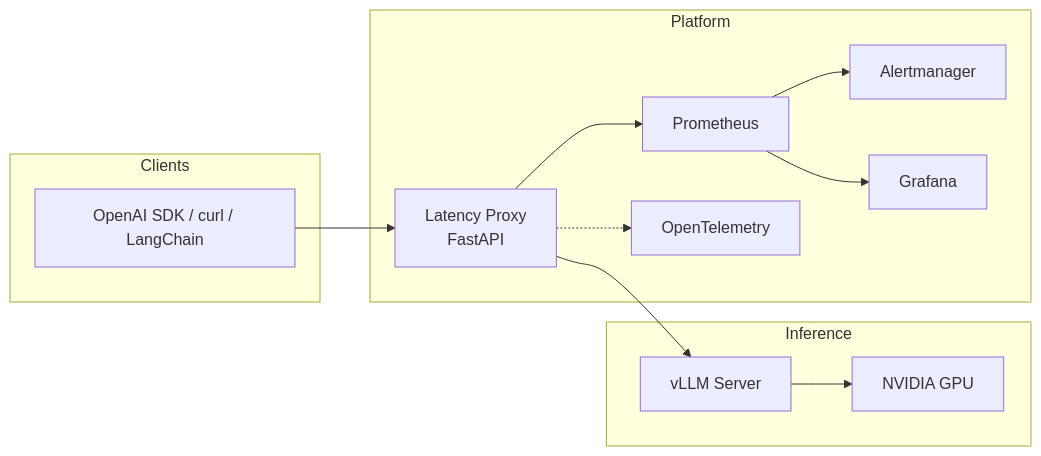
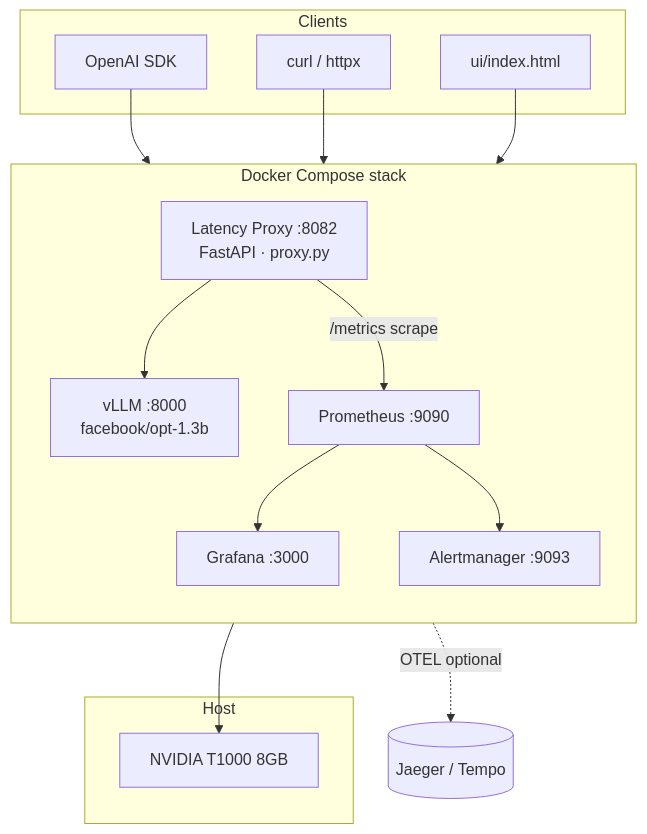
The second of 6 diagrams in README.md (ArchanaChetan07/ai-inference-observability-platform), drawn with Mermaid before and after one commit. The commit also changed other lines of this file and 4 other files, not shown here.

First line of the commit message:
Docs: restructure README with architecture diagrams and live benchmark charts.

````diff
--- a/README.md
+++ b/README.md
@@ -90,22 +89,28 @@
 ```mermaid
-flowchart LR
-    subgraph Clients
-        SDK[OpenAI SDK / curl / LangChain]
+flowchart TB
+    subgraph Clients["Clients"]
+        SDK[OpenAI SDK]
+        CURL[curl / httpx]
+        UI[ui/index.html]
     end
-    subgraph Platform
-        Proxy[Latency Proxy<br/>FastAPI]
-        Prom[Prometheus]
-        AM[Alertmanager]
-        Graf[Grafana]
-        OTel[OpenTelemetry]
+
+    subgraph Compose["Docker Compose stack"]
+        direction TB
+        PROXY["Latency Proxy :8082<br/>FastAPI · proxy.py"]
+        VLLM["vLLM :8000<br/>facebook/opt-1.3b"]
+        PROM[Prometheus :9090]
+        GRAF[Grafana :3000]
+        AM[Alertmanager :9093]
     end
-    subgraph Inference
-        VLLM[vLLM Server]
-        GPU[NVIDIA GPU]
+
+    subgraph GPU["Host"]
+        T1000[NVIDIA T1000 8GB]
     end
-    SDK --> Proxy
-    Proxy --> VLLM --> GPU
-    Proxy --> Prom --> AM
-    Prom --> Graf
-    Proxy -.-> OTel
+
+    SDK & CURL & UI --> PROXY
+    PROXY --> VLLM --> T1000
+    PROXY -->|/metrics scrape| PROM
+    PROM --> GRAF
+    PROM --> AM
+    PROXY -.->|OTEL optional| OTEL[(Jaeger / Tempo)]
 ```
````
